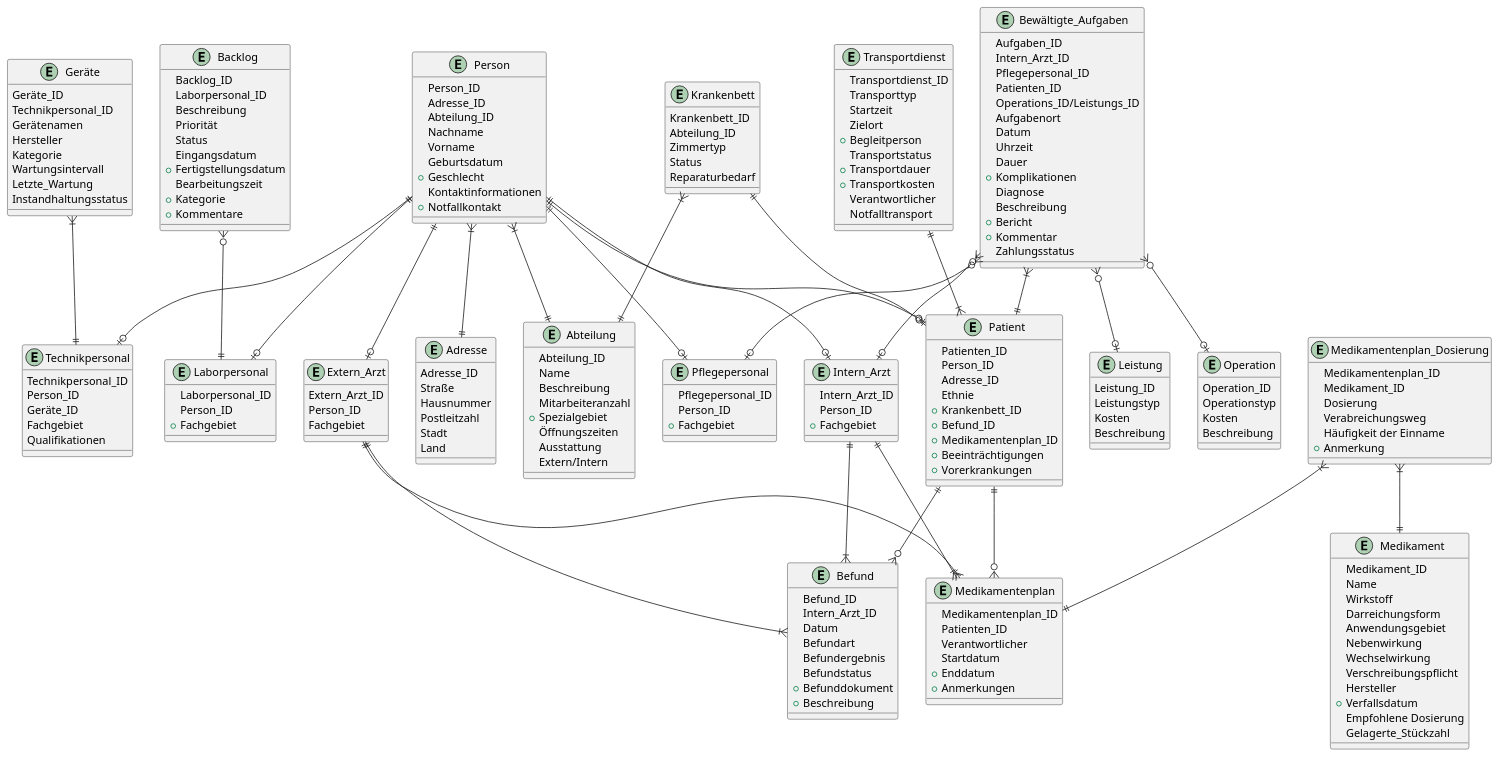
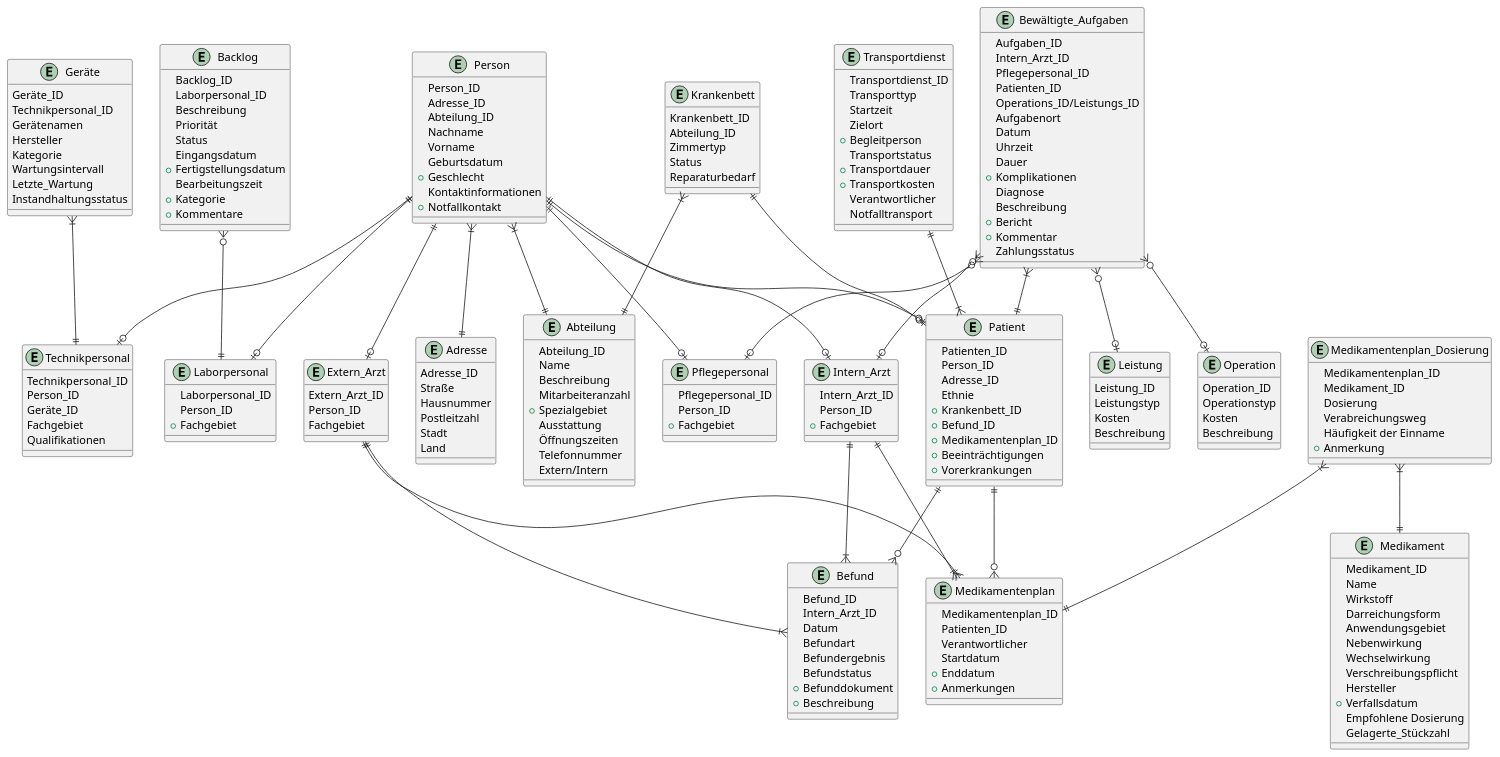
One commit to helenlaible/ss23-kba-project changed the third of 3 diagrams in docs/4_er-diagram/er-diagram.md. Above: the diagram before and after it, drawn with PlantUML.

```diff
--- a/docs/4_er-diagram/er-diagram.md
+++ b/docs/4_er-diagram/er-diagram.md
@@ -337,8 +337,9 @@
     Beschreibung
     Mitarbeiteranzahl
   + Spezialgebiet
+    Ausstattung
     Öffnungszeiten
-    Ausstattung
+    Telefonnummer
     Extern/Intern
 }
 
```
